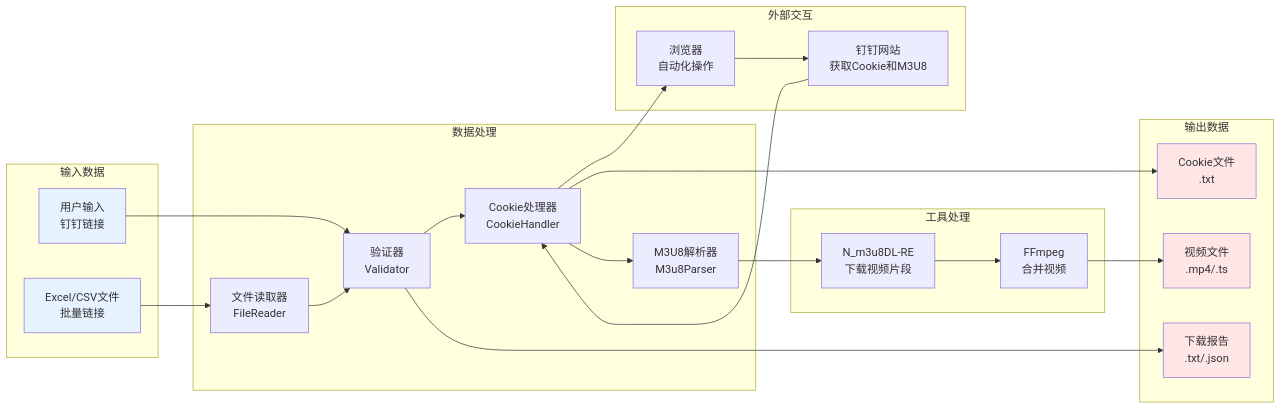
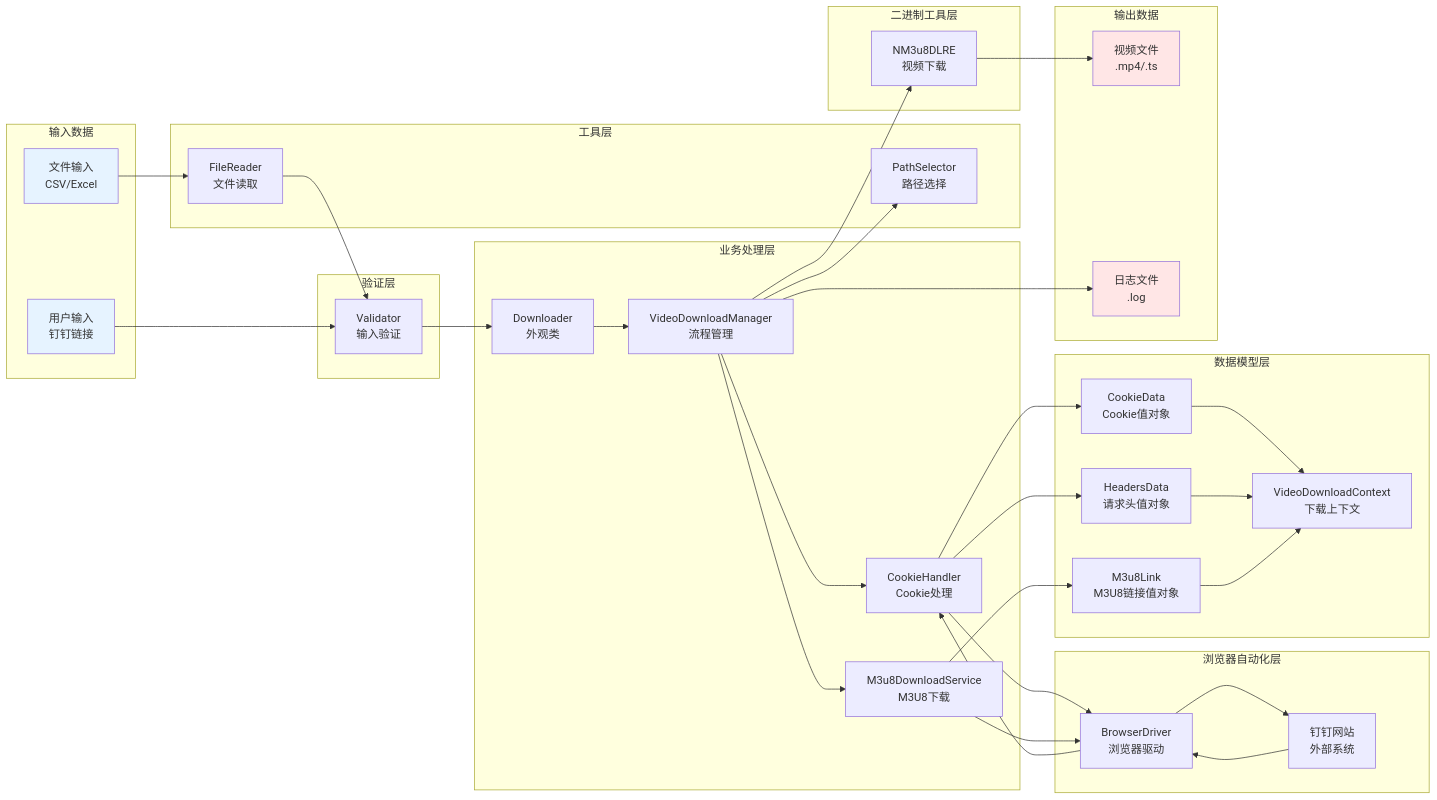
The sixth of 6 diagrams in docs/architecture.md (glacier0315/DingTalk-Live-Playback-Download-Tool), drawn with Mermaid before and after one commit. The commit also changed other lines of this file and 2 other files, not shown here.

````diff
--- a/docs/architecture.md
+++ b/docs/architecture.md
@@ -349,53 +846,78 @@
 ```mermaid
 flowchart LR
     subgraph "输入数据"
         A[用户输入<br/>钉钉链接]
-        B[Excel/CSV文件<br/>批量链接]
+        B[文件输入<br/>CSV/Excel]
     end
 
-    subgraph "数据处理"
-        C[验证器<br/>Validator]
-        D[文件读取器<br/>FileReader]
-        E[Cookie处理器<br/>CookieHandler]
-        F[M3U8解析器<br/>M3u8Parser]
+    subgraph "验证层"
+        C[Validator<br/>输入验证]
     end
 
-    subgraph "外部交互"
-        G[钉钉网站<br/>获取Cookie和M3U8]
-        H[浏览器<br/>自动化操作]
+    subgraph "业务处理层"
+        D[Downloader<br/>外观类]
+        E[VideoDownloadManager<br/>流程管理]
+        F[CookieHandler<br/>Cookie处理]
+        G[M3u8DownloadService<br/>M3U8下载]
     end
 
-    subgraph "工具处理"
-        I[N_m3u8DL-RE<br/>下载视频片段]
-        J[FFmpeg<br/>合并视频]
+    subgraph "浏览器自动化层"
+        H[BrowserDriver<br/>浏览器驱动]
+        I[钉钉网站<br/>外部系统]
+    end
+
+    subgraph "工具层"
+        J[FileReader<br/>文件读取]
+        K[PathSelector<br/>路径选择]
+    end
+
+    subgraph "二进制工具层"
+        L[NM3u8DLRE<br/>视频下载]
+    end
+
+    subgraph "数据模型层"
+        M[CookieData<br/>Cookie值对象]
+        N[HeadersData<br/>请求头值对象]
+        O[M3u8Link<br/>M3U8链接值对象]
+        P[VideoDownloadContext<br/>下载上下文]
     end
 
     subgraph "输出数据"
-        K[视频文件<br/>.mp4/.ts]
-        L[下载报告<br/>.txt/.json]
-        M[Cookie文件<br/>.txt]
+        Q[视频文件<br/>.mp4/.ts]
+        R[日志文件<br/>.log]
     end
 
     A --> C
-    B --> D
-    D --> C
+    B --> J
+    J --> C
 
-    C --> E
-    E --> H
-    H --> G
-    G --> E
-    E --> M
+    C --> D
+    D --> E
+    E --> F
+    E --> G
 
-    E --> F
-    F --> I
-    I --> J
-    J --> K
+    F --> H
+    H --> I
+    I --> H
+    H --> F
 
-    C --> L
+    F --> M
+    F --> N
+    M --> P
+    N --> P
+
+    G --> H
+    G --> O
+    O --> P
+
+    E --> K
+    E --> L
+    L --> Q
+
+    E --> R
 
     style A fill:#E6F3FF
     style B fill:#E6F3FF
-    style K fill:#FFE6E6
-    style L fill:#FFE6E6
-    style M fill:#FFE6E6
+    style Q fill:#FFE6E6
+    style R fill:#FFE6E6
 ```
````
